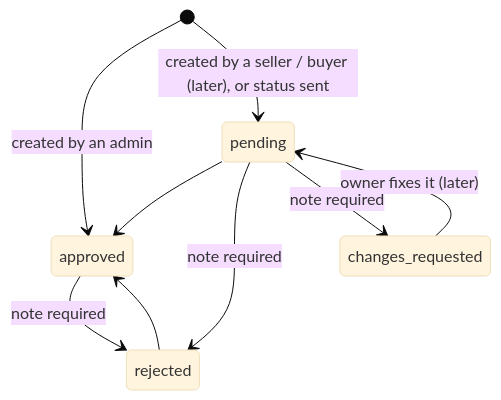
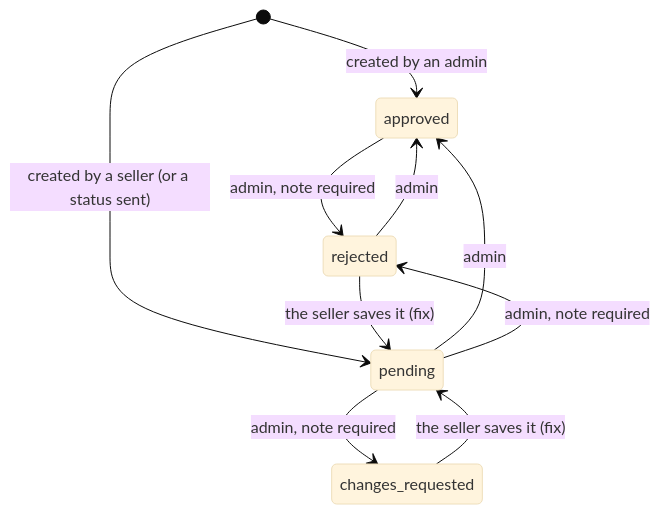
Before and after one commit to egoola-ecom/egoola-server: the second of 2 diagrams in docs/listing-complete-guide.md, drawn with Mermaid (base theme). The commit also changed other lines of this file, not shown here.

Commit message:
docs: enhanced listing guide with seller-specific details and unique title constraints

````diff
--- a/docs/listing-complete-guide.md
+++ b/docs/listing-complete-guide.md
@@ -457,11 +469,12 @@
 ```mermaid
 stateDiagram-v2
     [*] --> approved : created by an admin
-    [*] --> pending : created by a seller / buyer (later), or status sent
-    pending --> approved
-    pending --> rejected : note required
-    pending --> changes_requested : note required
-    changes_requested --> pending : owner fixes it (later)
-    approved --> rejected : note required
-    rejected --> approved
+    [*] --> pending : created by a seller (or a status sent)
+    pending --> approved : admin
+    pending --> rejected : admin, note required
+    pending --> changes_requested : admin, note required
+    rejected --> pending : the seller saves it (fix)
+    changes_requested --> pending : the seller saves it (fix)
+    approved --> rejected : admin, note required
+    rejected --> approved : admin
 ```
````
